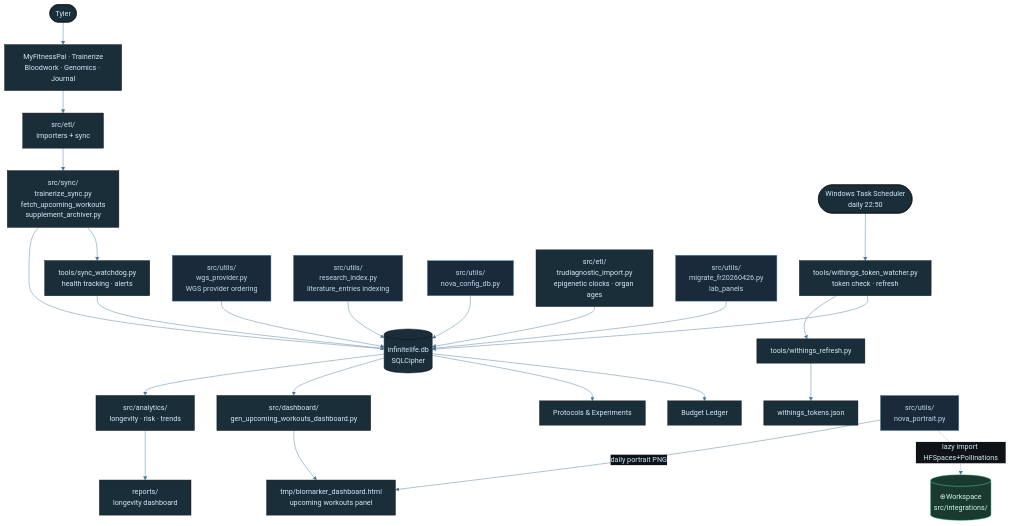
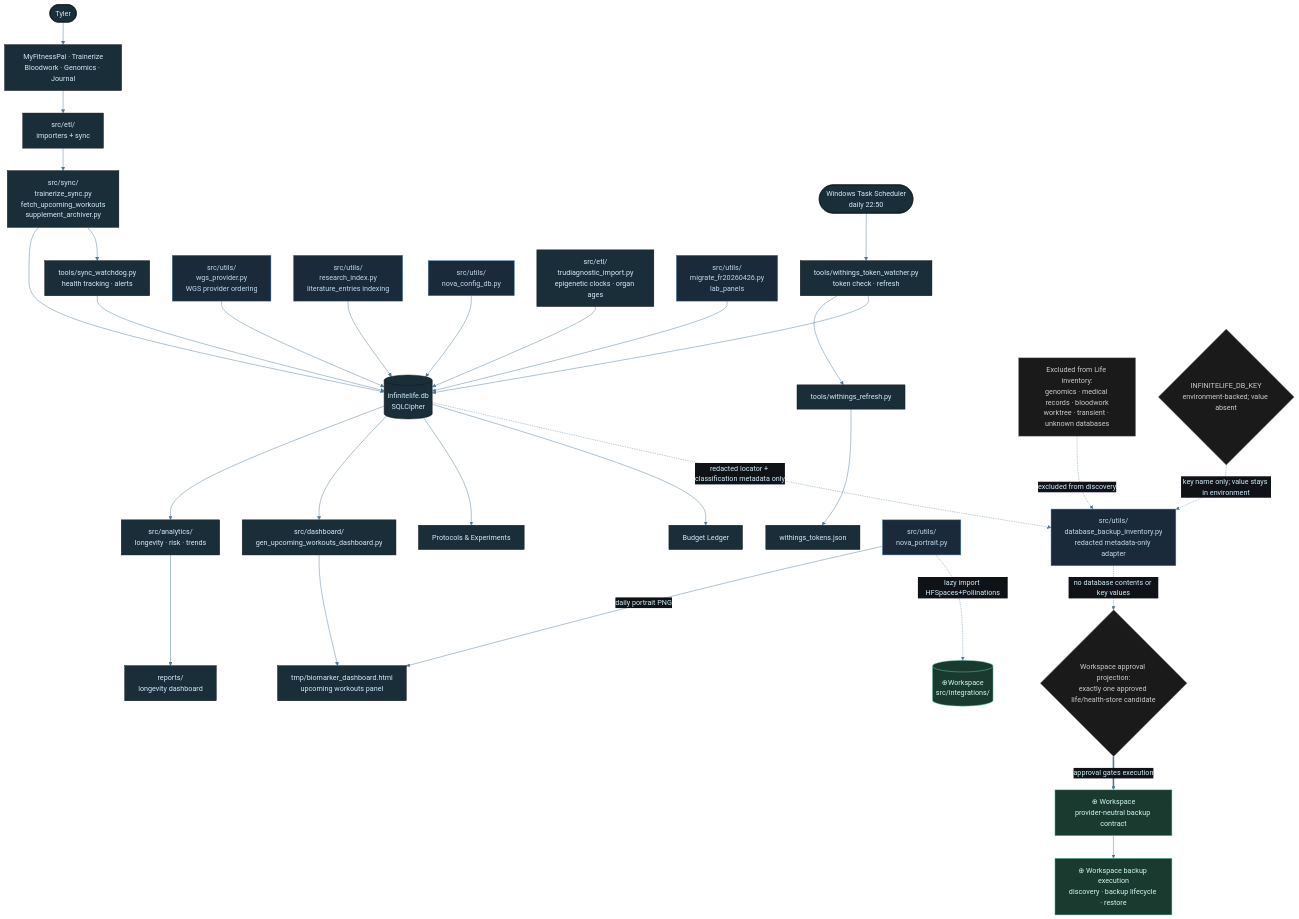
One commit to tylerdrakemusic/-Workspace changed the diagram in diagrams/life-architecture.mmd. Above: the diagram before and after it, drawn with Mermaid. The commit also changed 9 other files, not shown here.

Commit message:
⊕ workspace: FR-20260817 add Life backup restore scope and proof

```diff
--- a/diagrams/life-architecture.mmd
+++ b/diagrams/life-architecture.mmd
@@ -1,47 +1,61 @@
 %%{init: {'theme': 'base', 'themeVariables': {'primaryColor': '#1a2e3a', 'primaryTextColor': '#d0ecf8', 'edgeLabelBackground': '#0f1318', 'lineColor': '#4a7a9a'}}}%%
 graph TB
     Tyler([Tyler]) --> Inputs[MyFitnessPal · Trainerize<br/>Bloodwork · Genomics · Journal]
     Inputs --> ETL[src/etl/<br/>importers + sync]
     ETL --> Sync[src/sync/<br/>trainerize_sync.py<br/>fetch_upcoming_workouts<br/>supplement_archiver.py]
     Sync --> DB[(infinitelife.db<br/>SQLCipher)]
     Sync --> Watchdog[tools/sync_watchdog.py<br/>health tracking · alerts]
     Watchdog --> DB
     Scheduler([Windows Task Scheduler<br/>daily 22:50]) --> WithingsWatcher
     WithingsWatcher[tools/withings_token_watcher.py<br/>token check · refresh] --> WithingsRefresh[tools/withings_refresh.py]
     WithingsWatcher --> DB
     WithingsRefresh --> TokenFile[withings_tokens.json]
     DB --> Analytics[src/analytics/<br/>longevity · risk · trends]
     Analytics --> Reports[reports/<br/>longevity dashboard]
     DB --> Dashboard[src/dashboard/<br/>gen_upcoming_workouts_dashboard.py]
     Dashboard --> Output[tmp/biomarker_dashboard.html<br/>upcoming workouts panel]
     DB --> Protocols[Protocols & Experiments]
     DB --> Budget[Budget Ledger]
     NovaPortrait[src/utils/<br/>nova_portrait.py]
     WGSProvider[src/utils/<br/>wgs_provider.py<br/>WGS provider ordering]
     ResearchIndex[src/utils/<br/>research_index.py<br/>literature_entries indexing]
     NovaConfigDB[src/utils/<br/>nova_config_db.py]
     TruDx[src/etl/<br/>trudiagnostic_import.py<br/>epigenetic clocks · organ ages]
     MigrateFR[src/utils/<br/>migrate_fr20260426.py<br/>lab_panels]
     WSIntegrations[(⊕Workspace<br/>src/integrations/)]
+    LifeInventoryAdapter[src/utils/<br/>database_backup_inventory.py<br/>redacted metadata-only adapter]
+    LifeApprovalProjection{Workspace approval projection:<br/>exactly one approved life/health-store candidate}
+    WSBackupContract[⊕ Workspace<br/>provider-neutral backup contract]
+    WSBackupExecution[⊕ Workspace backup execution<br/>discovery · backup lifecycle · restore]
+    LifeBackupExclusions[Excluded from Life inventory:<br/>genomics · medical records · bloodwork<br/>worktree · transient · unknown databases]
+    KeyCustody{INFINITELIFE_DB_KEY<br/>environment-backed; value absent}
     NovaPortrait -->|daily portrait PNG| Output
     NovaPortrait -.->|lazy import HFSpaces+Pollinations| WSIntegrations
     WGSProvider --> DB
     ResearchIndex --> DB
     NovaConfigDB --> DB
     TruDx --> DB
     MigrateFR --> DB
     class Inputs,Reports,Scheduler,TokenFile io
     class ETL,DB,Analytics,Protocols,Budget,Watchdog,WithingsWatcher,WithingsRefresh,TruDx core
-    class NovaPortrait,WGSProvider,ResearchIndex,NovaConfigDB,MigrateFR util
-    class WSIntegrations ws
+    class NovaPortrait,WGSProvider,ResearchIndex,NovaConfigDB,MigrateFR,LifeInventoryAdapter util
+    class WSIntegrations,WSBackupContract,WSBackupExecution ws
+    class LifeApprovalProjection,LifeBackupExclusions,KeyCustody state
+
+    DB -.->|redacted locator + classification metadata only| LifeInventoryAdapter
+    LifeInventoryAdapter -.->|no database contents or key values| LifeApprovalProjection
+    LifeBackupExclusions -.->|excluded from discovery| LifeInventoryAdapter
+    KeyCustody -.->|key name only; value stays in environment| LifeInventoryAdapter
+    LifeApprovalProjection ==>|approval gates execution| WSBackupContract
+    WSBackupContract --> WSBackupExecution
 
 classDef life     fill:#1a2e3a,stroke:#6ab4d4,color:#d0ecf8
 classDef music    fill:#3a1a24,stroke:#d47a8f,color:#f8d0dc
 classDef quantum  fill:#251a3a,stroke:#a07adf,color:#e8d0f8
 classDef manifest fill:#3a2e1a,stroke:#d4a96a,color:#f8ead0
 classDef ws       fill:#1a3a30,stroke:#6ad4b4,color:#d0f8ee
 classDef tyler    fill:#2a1a3a,stroke:#9e4aff,color:#fff
 classDef ext      fill:#3a2020,stroke:#ff7a7a,color:#ffd0d0
 classDef db       fill:#3a3010,stroke:#d4c050,color:#f8f0c0
 classDef state    fill:#1a1a1a,stroke:#888888,color:#cccccc
 classDef util     fill:#1a2a3a,stroke:#4a8ab4,color:#c0daf0
```
